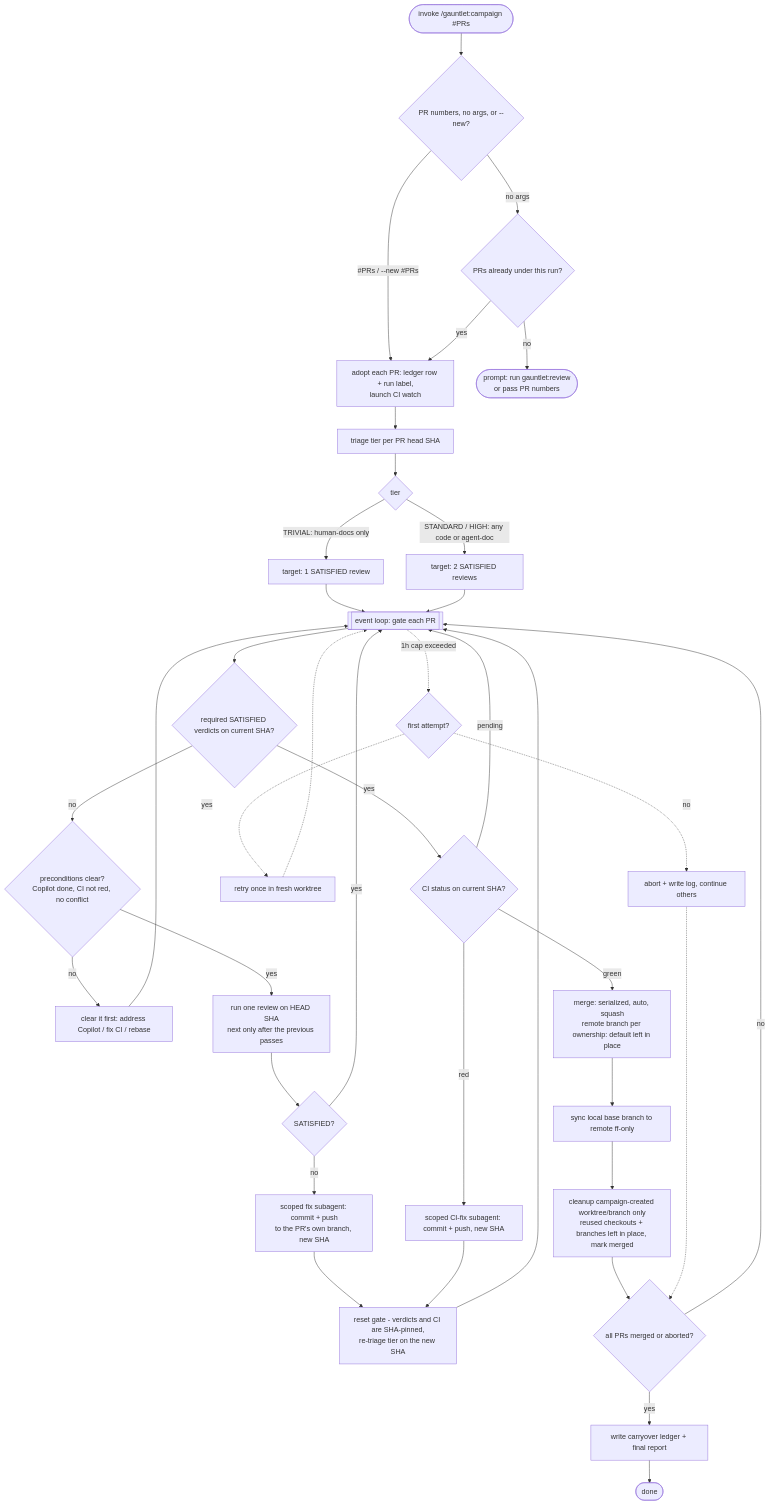
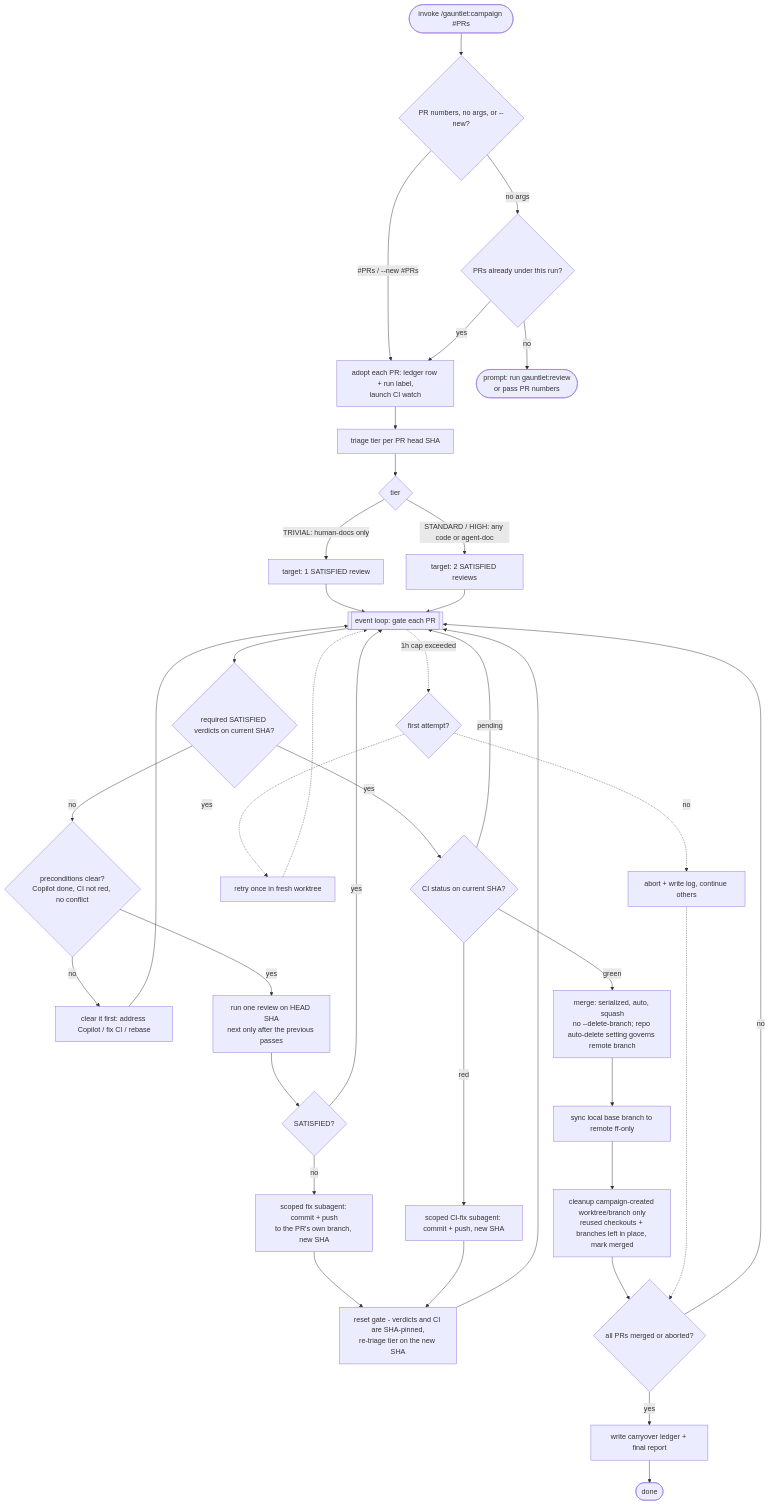
One commit to lestrrat-ai/claude-code-plugins changed the diagram in plugins/gauntlet/skills/campaign/README.md. Above: the diagram before and after it, drawn with Mermaid. The commit also changed other lines of this file and 8 other files, not shown here.

Commit message:
remove branch_ownership; rely on the repo auto-delete-head-branches setting (#12)

````diff
--- a/plugins/gauntlet/skills/campaign/README.md
+++ b/plugins/gauntlet/skills/campaign/README.md
@@ -114,40 +109,40 @@
 ```mermaid
 flowchart TD
     A(["invoke /gauntlet:campaign #PRs"]) --> B{PR numbers, no args, or --new?}
     B -- "#PRs / --new #PRs" --> C[adopt each PR: ledger row + run label,<br/>launch CI watch]
     B -- "no args" --> D{PRs already under this run?}
     D -- yes --> C
     D -- no --> E([prompt: run gauntlet:review<br/>or pass PR numbers])
     C --> F[triage tier per PR head SHA]
     F --> G{tier}
     G -- "TRIVIAL: human-docs only" --> H[target: 1 SATISFIED review]
     G -- "STANDARD / HIGH: any code or agent-doc" --> I[target: 2 SATISFIED reviews]
     H --> M[[event loop: gate each PR]]
     I --> M
 
     M --> N{required SATISFIED verdicts on current SHA?}
     N -- no --> PC{preconditions clear?<br/>Copilot done, CI not red, no conflict}
     PC -- no --> PCF[clear it first: address Copilot / fix CI / rebase] --> M
     PC -- yes --> O[run one review on HEAD SHA<br/>next only after the previous passes]
     O --> P{SATISFIED?}
     P -- no --> Q[scoped fix subagent: commit + push<br/>to the PR's own branch, new SHA]
     P -- yes --> M
     N -- yes --> R{CI status on current SHA?}
     R -- red --> S[scoped CI-fix subagent: commit + push, new SHA]
     R -- pending --> M
     Q --> T[reset gate - verdicts and CI are SHA-pinned,<br/>re-triage tier on the new SHA]
     S --> T
     T --> M
-    R -- green --> U[merge: serialized, auto, squash<br/>remote branch per ownership: default left in place]
+    R -- green --> U[merge: serialized, auto, squash<br/>no --delete-branch; repo auto-delete setting governs remote branch]
     U --> U2[sync local base branch to remote ff-only]
     U2 --> V[cleanup campaign-created worktree/branch only<br/>reused checkouts + branches left in place, mark merged]
     V --> W{all PRs merged or aborted?}
     W -- no --> M
     W -- yes --> X[write carryover ledger + final report] --> X2([done])
 
     M -. 1h cap exceeded .-> Y{first attempt?}
     Y -. yes .-> Z[retry once in fresh worktree]
     Z -.-> M
     Y -. no .-> AA[abort + write log, continue others]
     AA -.-> W
 ```
````
